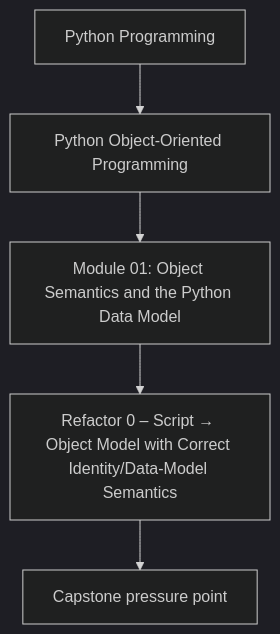
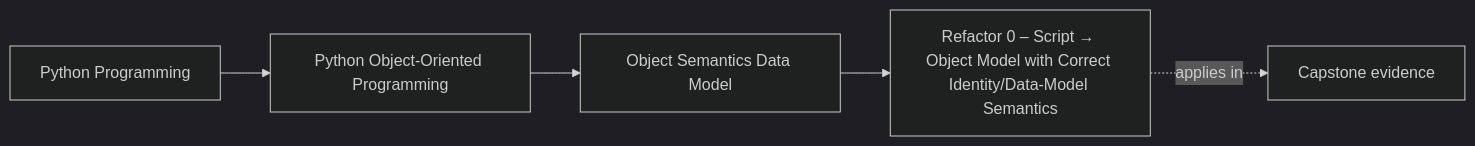
One commit to bijux/bijux-masterclass changed the first of 2 diagrams in programs/python-programming/python-object-oriented-programming/course-book/module-01-object-semantics-data-model/refactor-script-to-object-model.md. Above: the diagram before and after it, drawn with Mermaid (dark theme). The commit also changed other lines of this file and 65 other files, not shown here.

Commit message:
docs(python-object-oriented-programming): map object model and design foundations

````diff
--- a/programs/python-programming/python-object-oriented-programming/course-book/module-01-object-semantics-data-model/refactor-script-to-object-model.md
+++ b/programs/python-programming/python-object-oriented-programming/course-book/module-01-object-semantics-data-model/refactor-script-to-object-model.md
@@ -7,7 +7,11 @@
 ```mermaid
-flowchart TD
-  family["Python Programming"] --> program["Python Object-Oriented Programming"]
-  program --> module["Module 01: Object Semantics and the Python Data Model"]
-  module --> concept["Refactor 0 – Script → Object Model with Correct Identity/Data-Model Semantics"]
-  concept --> capstone["Capstone pressure point"]
+graph LR
+  family["Python Programming"]
+  program["Python Object-Oriented Programming"]
+  section["Object Semantics Data Model"]
+  page["Refactor 0 – Script → Object Model with Correct Identity/Data-Model Semantics"]
+  capstone["Capstone evidence"]
+
+  family --> program --> section --> page
+  page -.applies in.-> capstone
 ```
````
